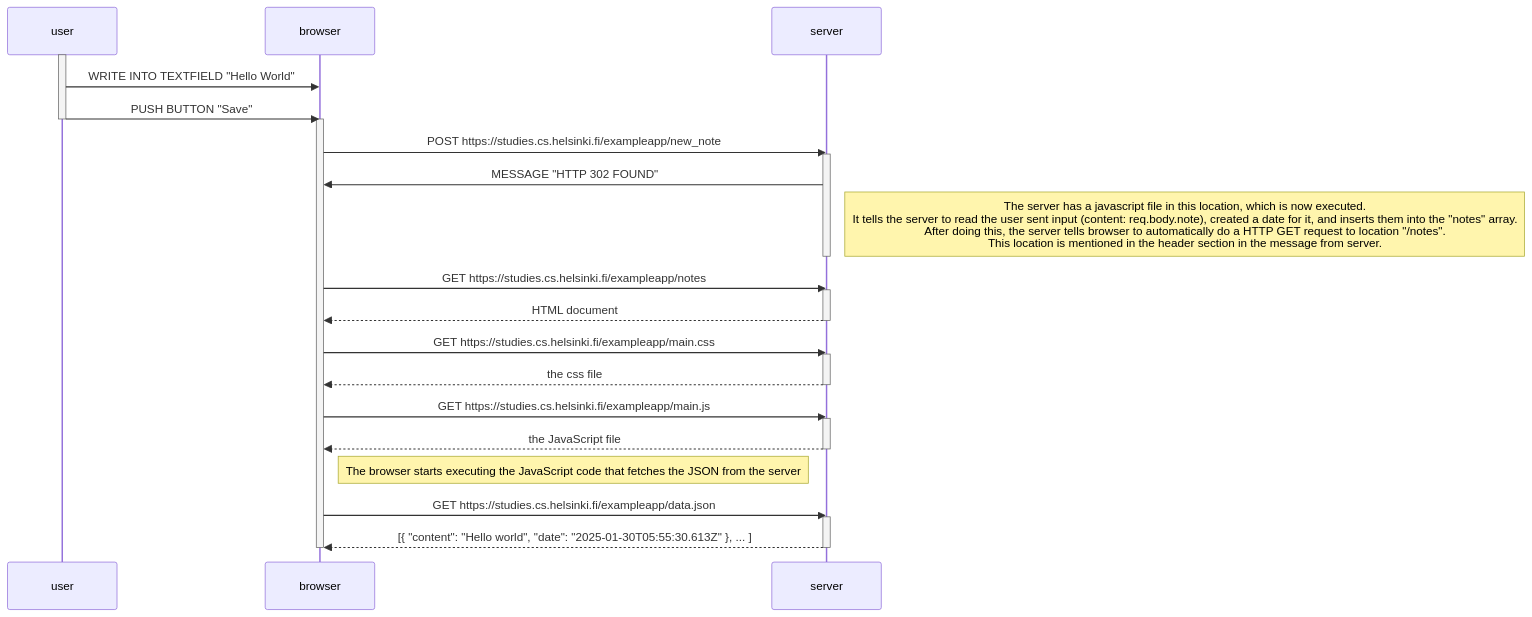
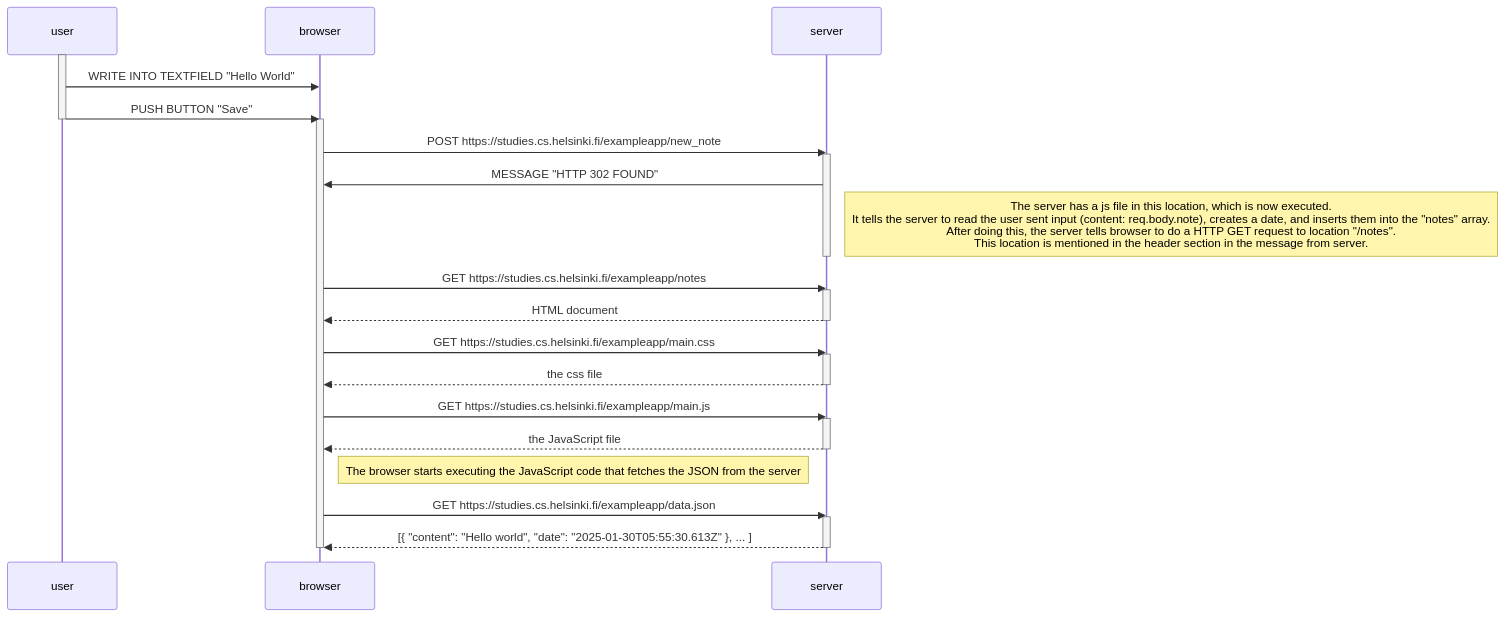
One commit to Nummuliitti/Fullstack-HY changed the diagram in Palautusrepositorio/Osa0/Tehtävä 0.4.md. Above: the diagram before and after it, drawn with Mermaid.

Commit message:
tehtävän 0.4 korjaus

````diff
--- a/Palautusrepositorio/Osa0/Tehtävä 0.4.md
+++ b/Palautusrepositorio/Osa0/Tehtävä 0.4.md
@@ -1,43 +1,43 @@
 ```mermaid
 
 sequenceDiagram
     participant user
     participant browser
     participant server
     activate user
     user->>browser: WRITE INTO TEXTFIELD "Hello World"
     user->>browser: PUSH BUTTON "Save"
     deactivate user
     activate browser
 
     browser->>server: POST https://studies.cs.helsinki.fi/exampleapp/new_note
     activate server
     server->>browser: MESSAGE "HTTP 302 FOUND"
-    Note right of server: The server has a javascript file in this location, which is now executed.<br>It tells the server to read the user sent input (content: req.body.note), created a date for it, and inserts them into the "notes" array.<br>After doing this, the server tells browser to automatically do a HTTP GET request to location "/notes".<br>This location is mentioned in the header section in the message from server.
+    Note right of server: The server has a js file in this location, which is now executed.<br>It tells the server to read the user sent input (content: req.body.note), creates a date, and inserts them into the "notes" array.<br>After doing this, the server tells browser to do a HTTP GET request to location "/notes".<br>This location is mentioned in the header section in the message from server.
     deactivate server
 
     browser->>server: GET https://studies.cs.helsinki.fi/exampleapp/notes
     activate server
     server-->>browser: HTML document
     deactivate server
     
     browser->>server: GET https://studies.cs.helsinki.fi/exampleapp/main.css
     activate server
     server-->>browser: the css file
     deactivate server
     
     browser->>server: GET https://studies.cs.helsinki.fi/exampleapp/main.js
     activate server
     server-->>browser: the JavaScript file
     deactivate server
 
     Note right of browser: The browser starts executing the JavaScript code that fetches the JSON from the server
     
     browser->>server: GET https://studies.cs.helsinki.fi/exampleapp/data.json
     activate server
     server-->>browser: [{ "content": "Hello world", "date": "2025-01-30T05:55:30.613Z" }, ... ]
     deactivate server    
    
     deactivate browser
     
 ```
````
